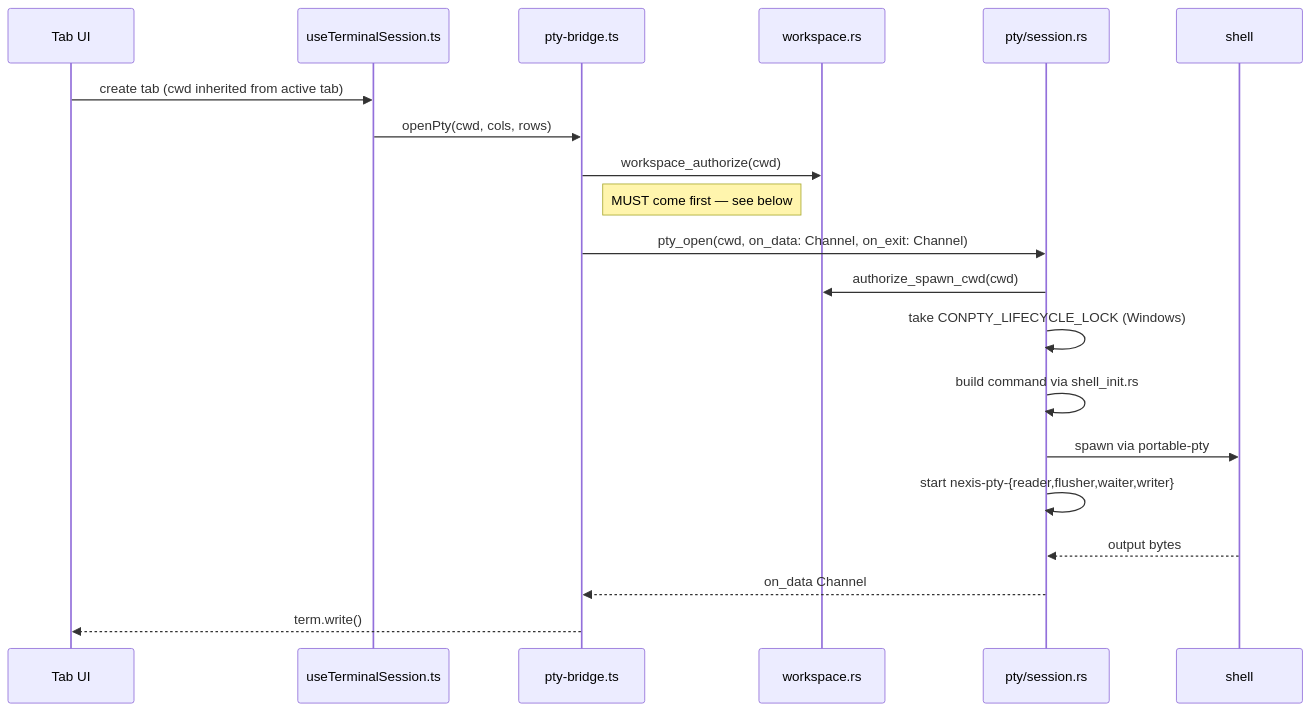
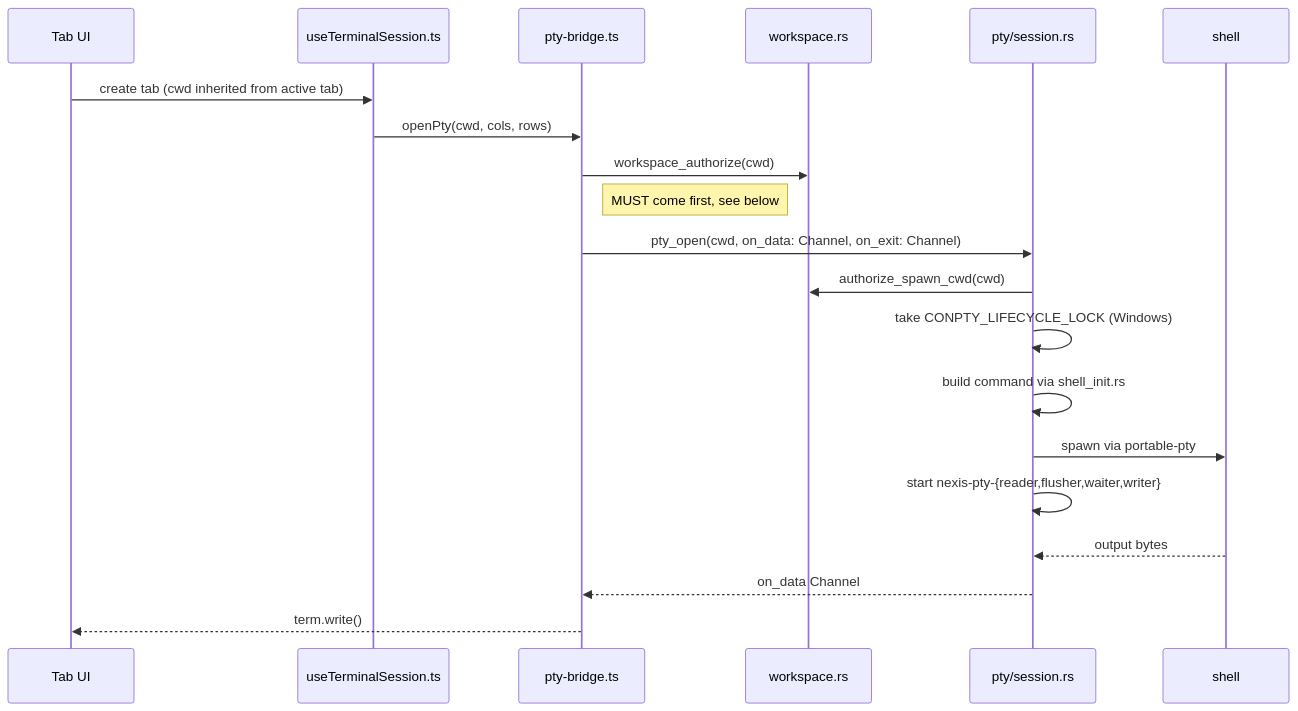
One commit to rwetz/Nexis changed the first of 2 diagrams in docs/architecture/pty-shell-integration.md. Above: the diagram before and after it, drawn with Mermaid. The commit also changed other lines of this file and 182 other files, not shown here.

````diff
--- a/docs/architecture/pty-shell-integration.md
+++ b/docs/architecture/pty-shell-integration.md
@@ -10,23 +10,23 @@
 ```mermaid
 sequenceDiagram
   participant UI as Tab UI
   participant H as useTerminalSession.ts
   participant B as pty-bridge.ts
   participant W as workspace.rs
   participant P as pty/session.rs
   participant SH as shell
 
   UI->>H: create tab (cwd inherited from active tab)
   H->>B: openPty(cwd, cols, rows)
   B->>W: workspace_authorize(cwd)
-  Note right of B: MUST come first — see below
+  Note right of B: MUST come first, see below
   B->>P: pty_open(cwd, on_data: Channel, on_exit: Channel)
   P->>W: authorize_spawn_cwd(cwd)
   P->>P: take CONPTY_LIFECYCLE_LOCK (Windows)
   P->>P: build command via shell_init.rs
   P->>SH: spawn via portable-pty
   P->>P: start nexis-pty-{reader,flusher,waiter,writer}
   SH-->>P: output bytes
   P-->>B: on_data Channel
   B-->>UI: term.write()
 ```
````
